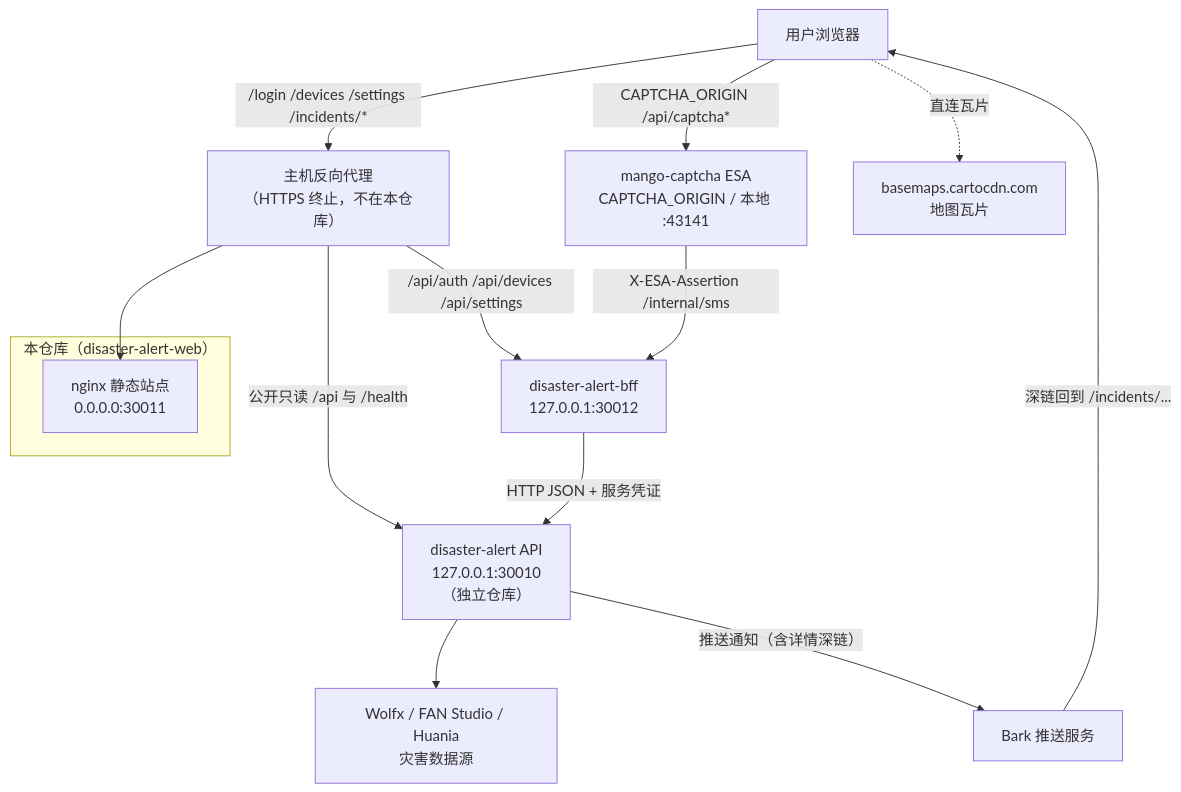
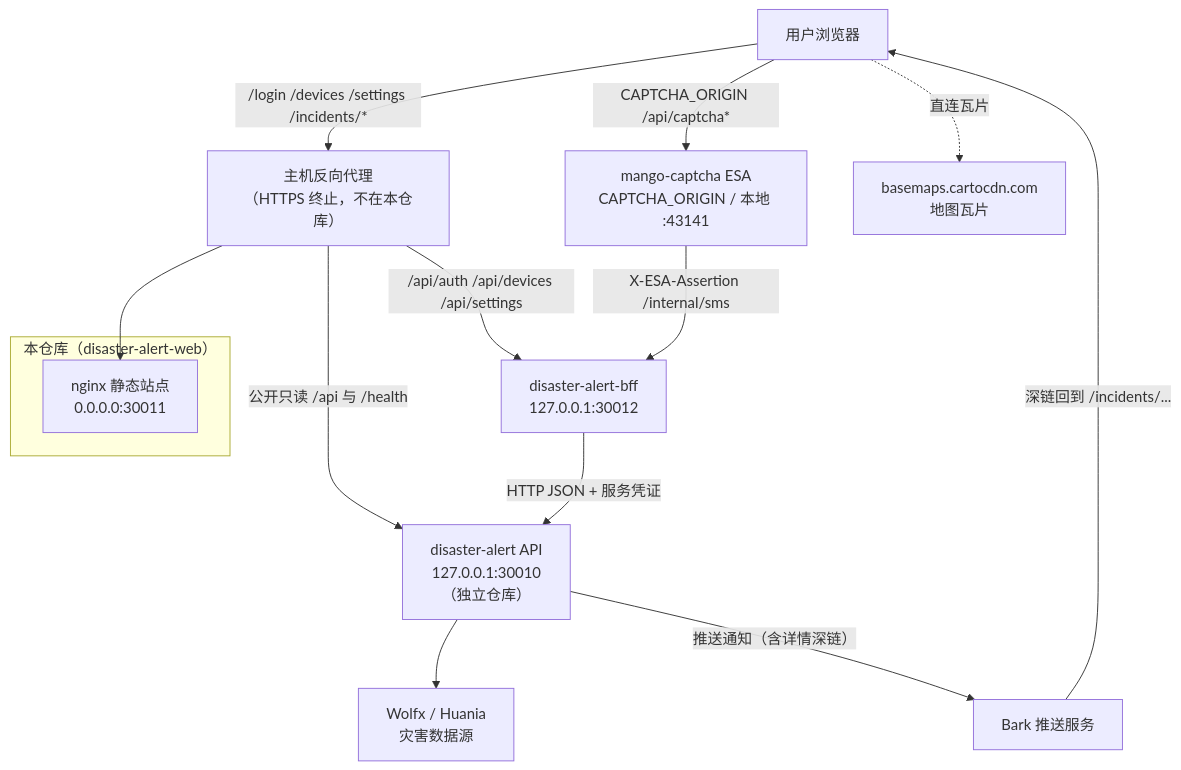
Before and after one commit to luyi2008/disaster-alert-web: the first of 8 diagrams in docs/architecture.md, drawn with Mermaid. The commit also changed 3 other files, not shown here.

First line of the commit message:
Remove FAN Studio data-source logic

````diff
--- a/docs/architecture.md
+++ b/docs/architecture.md
@@ -25,26 +25,26 @@
 ```mermaid
 graph TB
     User["用户浏览器"]
     subgraph ThisRepo["本仓库（disaster-alert-web）"]
         Web["nginx 静态站点<br/>0.0.0.0:30011"]
     end
     Proxy["主机反向代理<br/>（HTTPS 终止，不在本仓库）"]
     BFF["disaster-alert-bff<br/>127.0.0.1:30012"]
     Captcha["mango-captcha ESA<br/>CAPTCHA_ORIGIN / 本地 :43141"]
     API["disaster-alert API<br/>127.0.0.1:30010<br/>（独立仓库）"]
     Tiles["basemaps.cartocdn.com<br/>地图瓦片"]
     Bark["Bark 推送服务"]
-    Sources["Wolfx / FAN Studio / Huania<br/>灾害数据源"]
+    Sources["Wolfx / Huania<br/>灾害数据源"]
 
     User -->|"/login /devices /settings /incidents/*"| Proxy
     Proxy --> Web
     User -->|"CAPTCHA_ORIGIN /api/captcha*"| Captcha
     Proxy -->|"/api/auth /api/devices /api/settings"| BFF
     Proxy -->|"公开只读 /api 与 /health"| API
     Captcha -->|"X-ESA-Assertion /internal/sms"| BFF
     BFF -->|"HTTP JSON + 服务凭证"| API
     User -.->|"直连瓦片"| Tiles
     API --> Sources
     API -->|"推送通知（含详情深链）"| Bark
     Bark -->|"深链回到 /incidents/..."| User
 ```
````
